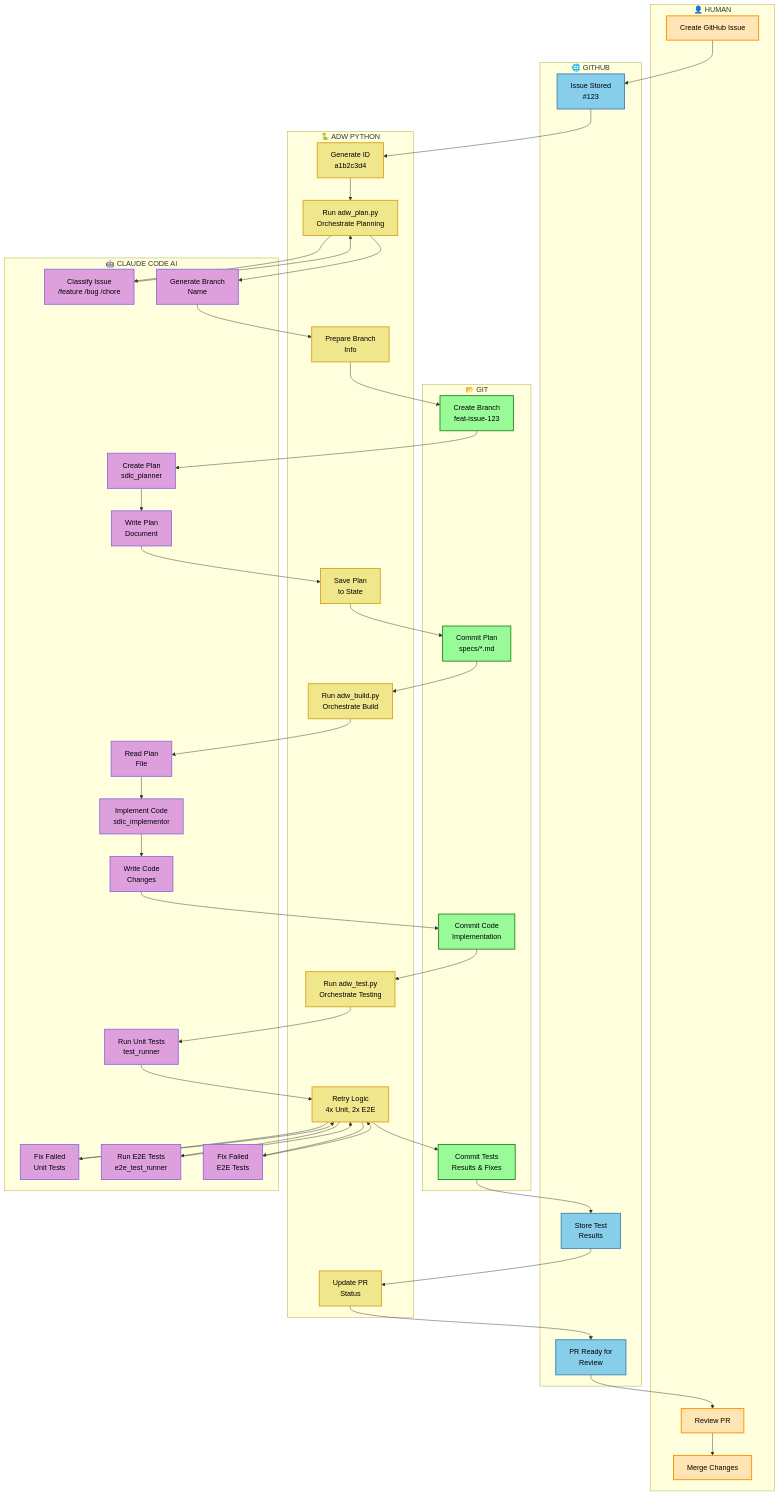
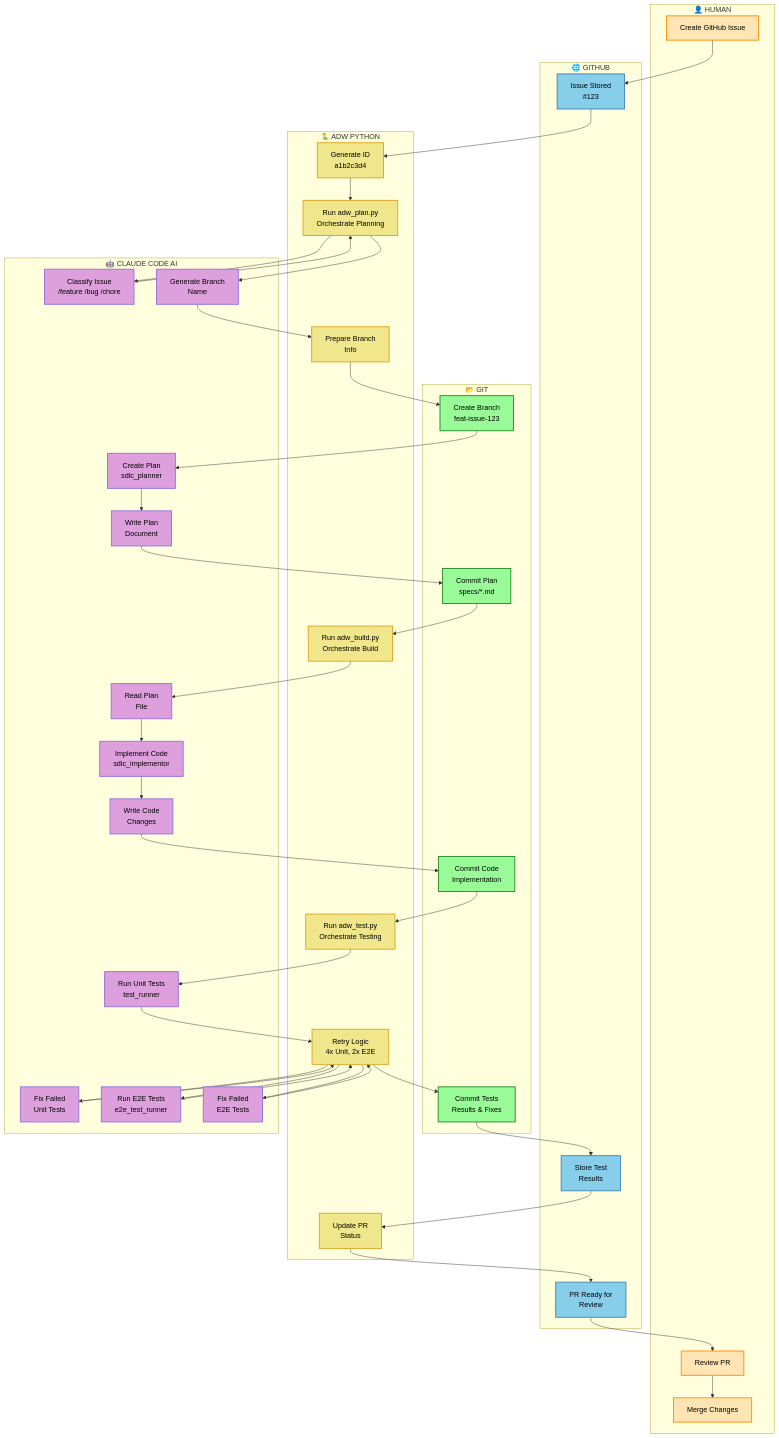
The diagram in adws/adw simple flow.md (srirama7/tac-6), drawn with Mermaid before and after one commit. The commit also changed 1 other file, not shown here.

Commit message:
docs: remove save plan to state box from flowcharts
- Remove 'Save Plan to State' box (P5/A5) from both flowcharts
- Update connections to flow directly from Write Plan to Commit Plan
- Remove styling references for removed box

This simplifies the planning phase by making state persistence
implicit within the adw_plan.py orchestration process.

🤖 Generated with [Claude Code](https://claude.com/claude-code)

````diff
--- a/adws/adw simple flow.md
+++ b/adws/adw simple flow.md
@@ -32,7 +32,6 @@
         P1[Generate ID<br/>a1b2c3d4]
         P3[Run adw_plan.py<br/>Orchestrate Planning]
         P4[Prepare Branch<br/>Info]
-        P5[Save Plan<br/>to State]
         P6[Run adw_build.py<br/>Orchestrate Build]
         P8[Run adw_test.py<br/>Orchestrate Testing]
         P10[Retry Logic<br/>4x Unit, 2x E2E]
@@ -67,9 +66,8 @@
     P4 --> GT1
     GT1 --> C3
     C3 --> C4
-    C4 --> P5
+    C4 --> GT3
 
-    P5 --> GT3
     GT3 --> P6
     P6 --> C5
 
@@ -107,6 +105,6 @@
     class H1,H3,H4 humanStyle
     class G1,G8,G9 githubStyle
     class GT1,GT3,GT5,GT7 gitStyle
-    class P1,P3,P4,P5,P6,P8,P10,P11 pythonStyle
+    class P1,P3,P4,P6,P8,P10,P11 pythonStyle
     class C1,C2,C3,C4,C5,C6,C7,C8,C9,C10,C11 claudeStyle
 ```
````
